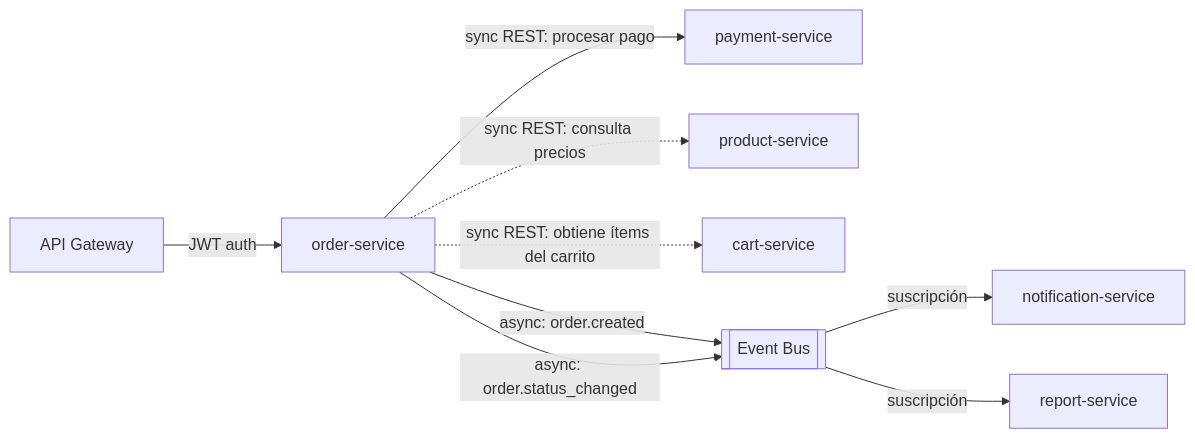
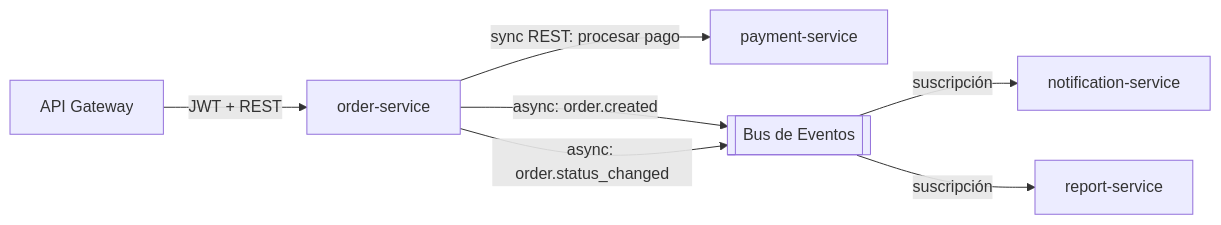
Diagram 12 of 12 in BackEnd-Arquitectura.md (holyusm/INF-301-WWW), drawn with Mermaid before and after one commit. The commit also changed other lines of this file, not shown here.

````diff
--- a/BackEnd-Arquitectura.md
+++ b/BackEnd-Arquitectura.md
@@ -946,20 +969,16 @@
 ```mermaid
 flowchart LR
     AG[API Gateway]
     ORDER[order-service]
     PAY[payment-service]
-    PROD[product-service]
-    CART[cart-service]
-    MB[[Event Bus]]
+    MB[[Bus de Eventos]]
     NOTIF[notification-service]
     REPORT[report-service]
 
-    AG -->|JWT auth| ORDER
+    AG -->|JWT + REST| ORDER
     ORDER -->|sync REST: procesar pago| PAY
-    ORDER -.->|sync REST: consulta precios| PROD
-    ORDER -.->|sync REST: obtiene ítems del carrito| CART
     ORDER -->|async: order.created| MB
     ORDER -->|async: order.status_changed| MB
     MB -->|suscripción| NOTIF
     MB -->|suscripción| REPORT
 ```
````
